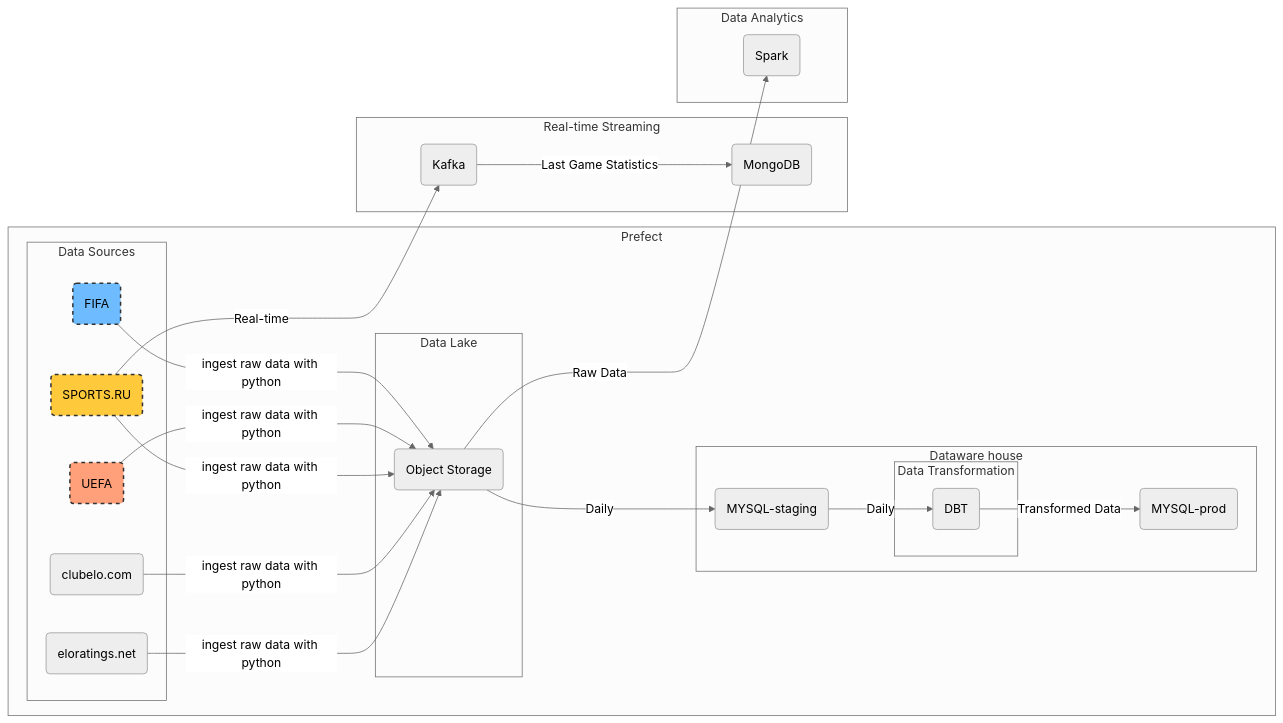
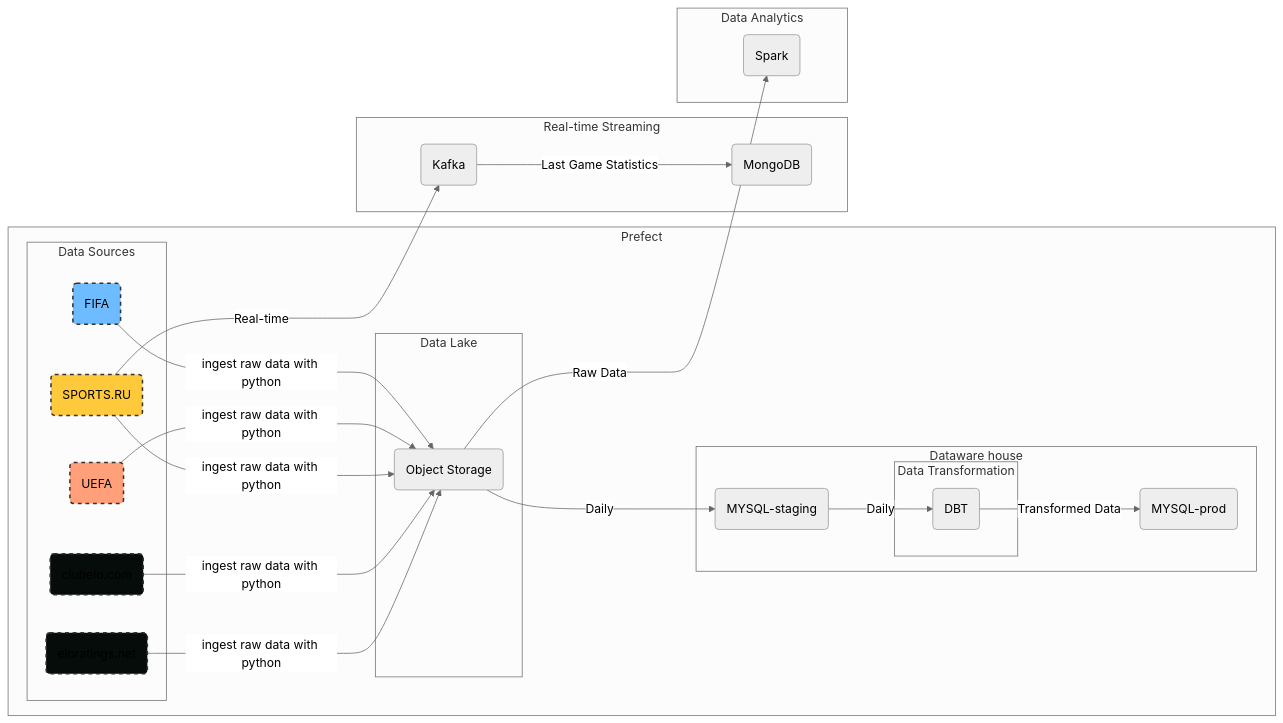
Before and after one commit to DonaldWipper/Football-Tournaments-Data-Archive: the first of 2 diagrams in README.md, drawn with Mermaid (neutral theme).

````diff
--- a/README.md
+++ b/README.md
@@ -50,54 +50,56 @@
 ```mermaid
 flowchart LR
 
 style A fill:#6ebcff,stroke:#333,stroke-width:2px,stroke-dasharray: 5, 5;
 style B fill:#ffa07a,stroke:#333,stroke-width:2px,stroke-dasharray: 5, 5;
 style C fill:#ffc93c,stroke:#333,stroke-width:2px,stroke-dasharray: 5, 5;
+style S fill:#060c0a,stroke:#333,stroke-width:2px,stroke-dasharray: 5, 5;
+style Y fill:#060c0a,stroke:#333,stroke-width:2px,stroke-dasharray: 5, 5;
 
 subgraph "Prefect"
 subgraph "Data Sources"
 A(FIFA)
 B(UEFA)
 C(SPORTS.RU)
 S(clubelo.com)
 Y(eloratings.net)
 end
 
 
 
     subgraph "Data Lake"
         E(Object Storage)
         
     end
 
     subgraph "Dataware house"
         F(MYSQL-staging)
         subgraph "Data Transformation"
         G(DBT)
         end
         L(MYSQL-prod)
     end
 end
 
 
 subgraph "Real-time Streaming"
 H(Kafka)
 I(MongoDB)
 end
 
 subgraph "Data Analytics"
 J(Spark)
 end
 
 A -- ingest raw data with python  --> E
 B -- ingest raw data with python--> E
 C -- ingest raw data with python--> E
 S -- ingest raw data with python--> E
 Y -- ingest raw data with python--> E
 E -- Daily --> F
 F -- Daily --> G
 G -- Transformed Data --> L
 C -- Real-time --> H
 H -- Last Game Statistics  --> I
 E -- Raw Data --> J
 ```
````
